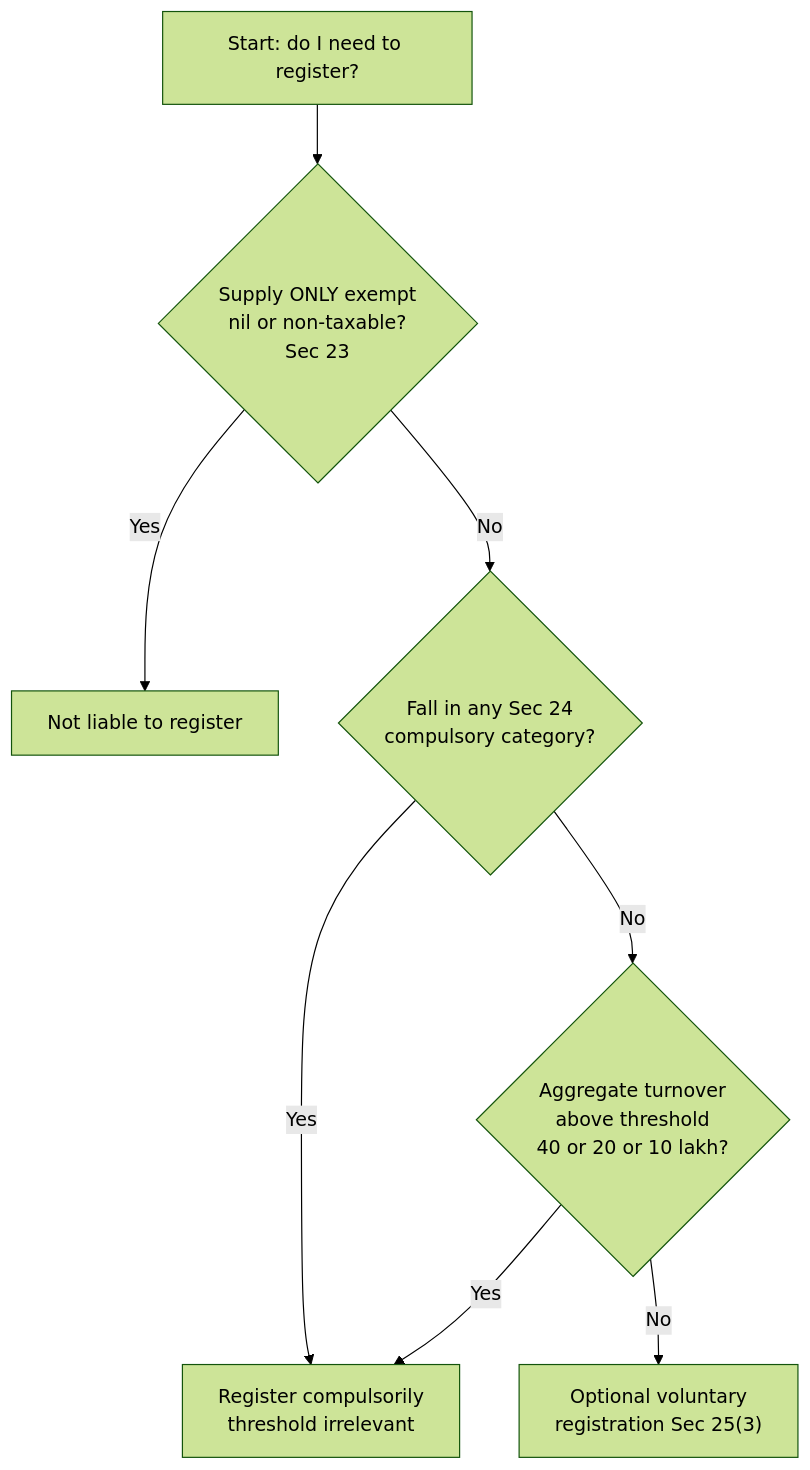
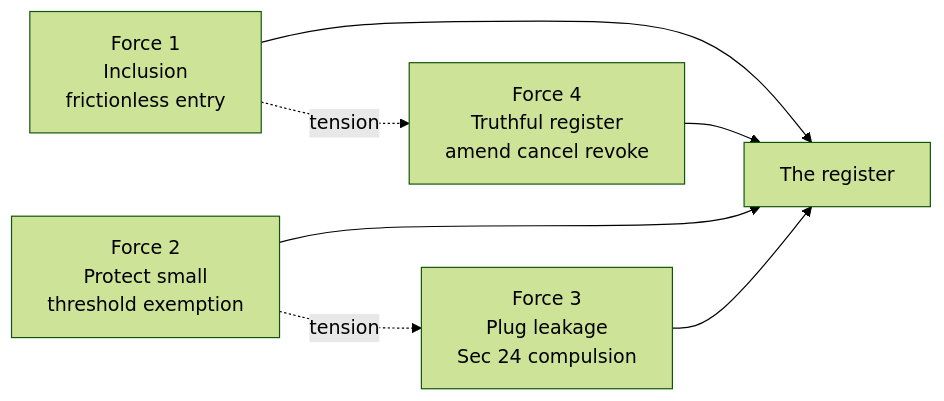
Before and after one commit to saikumarkaleru/certifications: the second of 4 diagrams in CA/concept-notes/Taxation/md/20_gst-registration.md, drawn with Mermaid (forest theme). The commit also changed other lines of this file and 87 other files, not shown here.

````diff
--- a/CA/concept-notes/Taxation/md/20_gst-registration.md
+++ b/CA/concept-notes/Taxation/md/20_gst-registration.md
@@ -159,10 +86,9 @@
 ```mermaid
-flowchart TD
-    S["Start: do I need to register?"] --> E1{"Supply ONLY exempt<br/>nil or non-taxable?<br/>Sec 23"}
-    E1 -->|Yes| NO["Not liable to register"]
-    E1 -->|No| S24{"Fall in any Sec 24<br/>compulsory category?"}
-    S24 -->|Yes| YES["Register compulsorily<br/>threshold irrelevant"]
-    S24 -->|No| T{"Aggregate turnover<br/>above threshold<br/>40 or 20 or 10 lakh?"}
-    T -->|Yes| YES
-    T -->|No| OPT["Optional voluntary<br/>registration Sec 25(3)"]
+flowchart LR
+    F1["Force 1<br/>Inclusion<br/>frictionless entry"] --> T["The register"]
+    F2["Force 2<br/>Protect small<br/>threshold exemption"] --> T
+    F3["Force 3<br/>Plug leakage<br/>Sec 24 compulsion"] --> T
+    F4["Force 4<br/>Truthful register<br/>amend cancel revoke"] --> T
+    F1 -. tension .-> F4
+    F2 -. tension .-> F3
 ```
````
